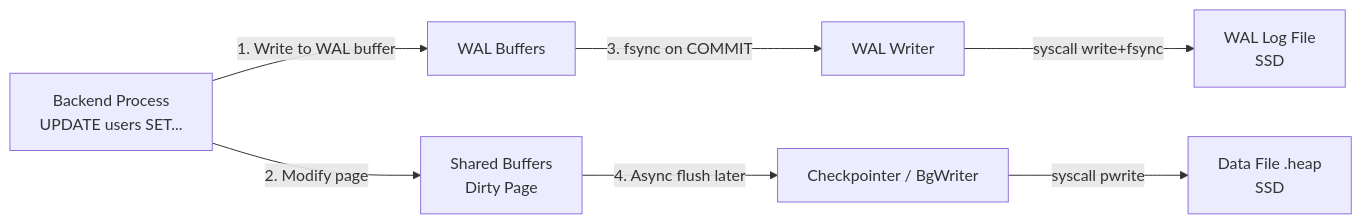
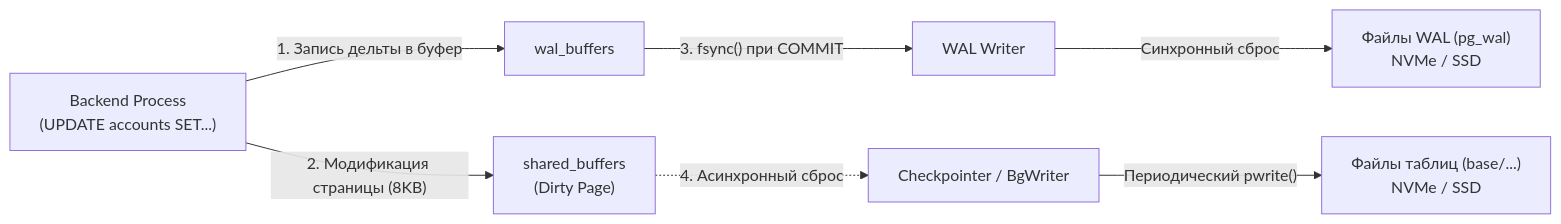
One commit to UnrealTemplier/go-textbook changed the third of 4 diagrams in sources/12. Базы данных/06. PostgreSQL/1. Архитектура PostgreSQL.md. Above: the diagram before and after it, drawn with Mermaid. The commit also changed other lines of this file, not shown here.

````diff
--- a/sources/12. Базы данных/06. PostgreSQL/1. Архитектура PostgreSQL.md
+++ b/sources/12. Базы данных/06. PostgreSQL/1. Архитектура PostgreSQL.md
@@ -88,11 +125,11 @@
 ```mermaid
 flowchart LR
-    BP["Backend Process <br> UPDATE users SET..."]-->|"1. Write to WAL buffer"|WB["WAL Buffers"]
-    BP-->|"2. Modify page"|SB["Shared Buffers <br> Dirty Page"]
+    BP["Backend Process <br> (UPDATE accounts SET...)"] -->|"1. Запись дельты в буфер"| WB["wal_buffers"]
+    BP -->|"2. Модификация страницы (8KB)"| SB["shared_buffers <br> (Dirty Page)"]
     
-    WB-->|"3. fsync on COMMIT"|WALW["WAL Writer"]
-    WALW-->|"syscall write+fsync"|WAL["WAL Log File <br> SSD"]
+    WB -->|"3. fsync() при COMMIT"| WALW["WAL Writer"]
+    WALW -->|"Синхронный сброс"| WAL["Файлы WAL (pg_wal) <br> NVMe / SSD"]
     
-    SB-->|"4. Async flush later"|CHK["Checkpointer / BgWriter"]
-    CHK-->|"syscall pwrite"|DBF["Data File .heap <br> SSD"]
+    SB -.->|"4. Асинхронный сброс"| CHK["Checkpointer / BgWriter"]
+    CHK -->|"Периодический pwrite()"| DBF["Файлы таблиц (base/...) <br> NVMe / SSD"]
 ```
````
